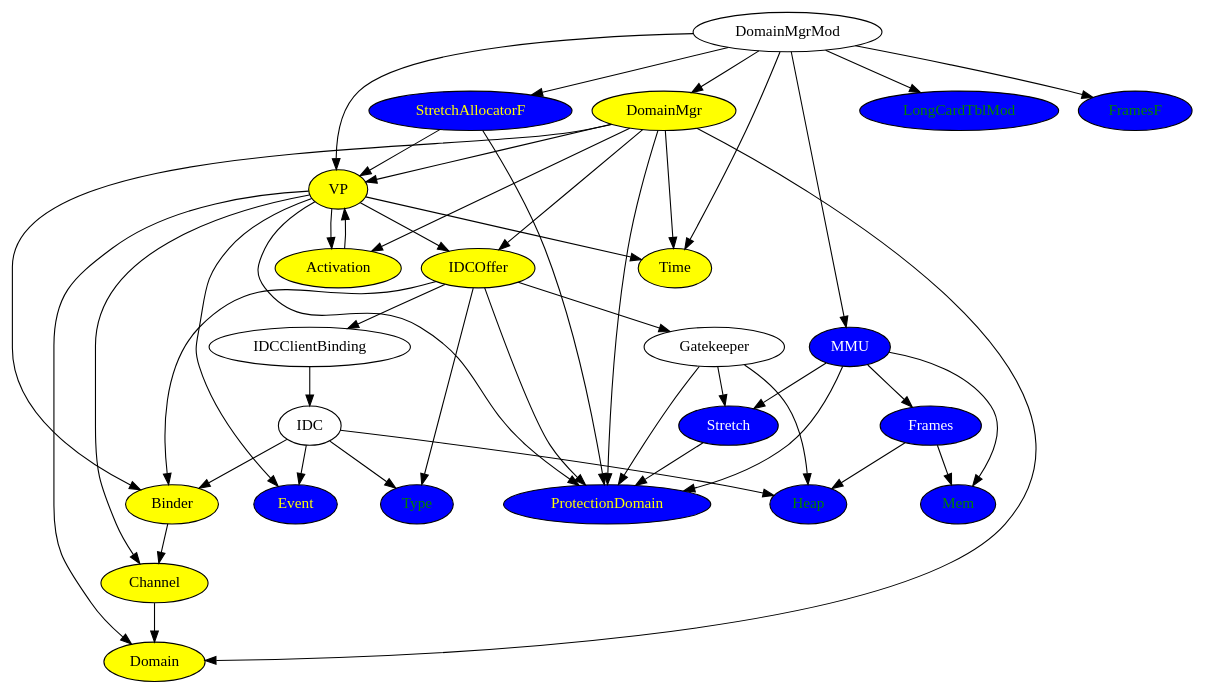
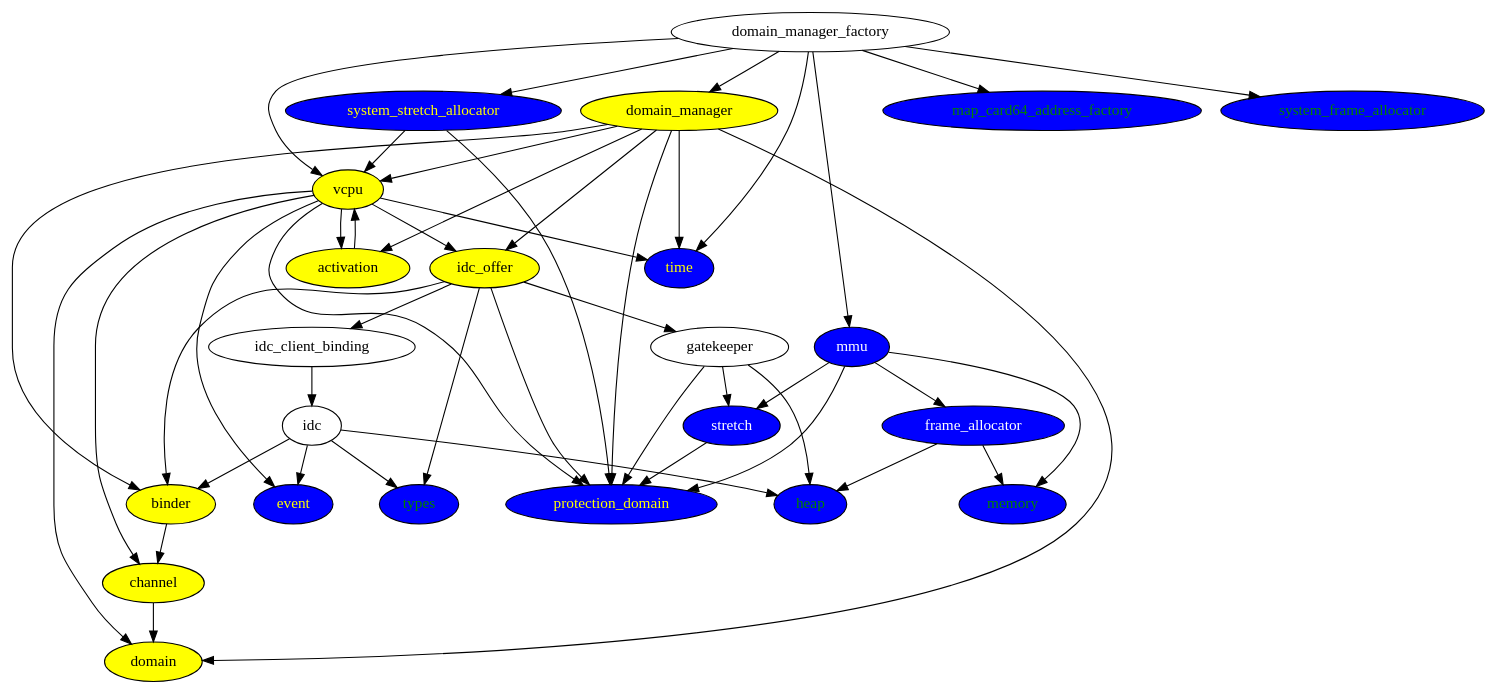
One commit to metta-systems/metta changed the diagram in docs/needs_boot.dot. Above: the diagram before and after it, drawn with Graphviz.

Commit message:
Rename interfaces.

```diff
--- a/docs/needs_boot.dot
+++ b/docs/needs_boot.dot
@@ -1,71 +1,71 @@
 digraph {
-# Stuff we're after (what DomainMgr and VP need)
-	VP [style=filled,fillcolor=yellow,color=black,fontcolor=black];
-	Domain [style=filled,fillcolor=yellow,color=black,fontcolor=black];
-	DomainMgr [style=filled,fillcolor=yellow,color=black,fontcolor=black];
-	Binder [style=filled,fillcolor=yellow,color=black,fontcolor=black];
-	IDCOffer [style=filled,fillcolor=yellow,color=black,fontcolor=black];
-	Activation [style=filled,fillcolor=yellow,color=black,fontcolor=black];
-	StretchAllocatorF [style=filled,fillcolor=blue,color=black,fontcolor=yellow];
-	Time [style=filled,fillcolor=yellow,color=black,fontcolor=black];
-	ProtectionDomain [style=filled,fillcolor=blue,color=black,fontcolor=yellow];
-	Channel [style=filled,fillcolor=yellow,color=black,fontcolor=black];
-	Event [style=filled,fillcolor=blue,color=black,fontcolor=yellow];
+# Stuff we're after (what domain_manager and vcpu need)
+	vcpu [style=filled,fillcolor=yellow,color=black,fontcolor=black];
+	domain [style=filled,fillcolor=yellow,color=black,fontcolor=black];
+	domain_manager [style=filled,fillcolor=yellow,color=black,fontcolor=black];
+	binder [style=filled,fillcolor=yellow,color=black,fontcolor=black];
+	idc_offer [style=filled,fillcolor=yellow,color=black,fontcolor=black];
+	activation [style=filled,fillcolor=yellow,color=black,fontcolor=black];
+	system_stretch_allocator [style=filled,fillcolor=blue,color=black,fontcolor=yellow];
+	time [style=filled,fillcolor=blue,color=black,fontcolor=yellow];
+	protection_domain [style=filled,fillcolor=blue,color=black,fontcolor=yellow];
+	channel [style=filled,fillcolor=yellow,color=black,fontcolor=black];
+	event [style=filled,fillcolor=blue,color=black,fontcolor=yellow];
 # Leaf Nodes
-	Heap [style=filled,fillcolor=blue,color=black,fontcolor=green];
-	LongCardTblMod [style=filled,fillcolor=blue,color=black,fontcolor=green];
-	Type [style=filled,fillcolor=blue,color=black,fontcolor=green];
-	Mem [style=filled,fillcolor=blue,color=black,fontcolor=green];
-	FramesF [style=filled,fillcolor=blue,color=black,fontcolor=green];
+	heap [style=filled,fillcolor=blue,color=black,fontcolor=green];
+	map_card64_address_factory [style=filled,fillcolor=blue,color=black,fontcolor=green];
+	types [style=filled,fillcolor=blue,color=black,fontcolor=green];
+	memory [style=filled,fillcolor=blue,color=black,fontcolor=green];
+	system_frame_allocator [style=filled,fillcolor=blue,color=black,fontcolor=green];
 # Non-leaf nodes
-    Frames [style=filled,fillcolor=blue,fontcolor=white];
-    Stretch [style=filled,fillcolor=blue,fontcolor=white];
-    MMU [style=filled,fillcolor=blue,fontcolor=white];
+    frame_allocator [style=filled,fillcolor=blue,fontcolor=white];
+    stretch [style=filled,fillcolor=blue,fontcolor=white];
+    mmu [style=filled,fillcolor=blue,fontcolor=white];
 
-	Activation -> VP;
-	Binder -> Channel;
-	Channel -> Domain;
-	DomainMgr -> Activation;
-	DomainMgr -> ProtectionDomain;
-	DomainMgr -> Time;
-	DomainMgr -> Domain;
-	DomainMgr -> VP;
-	DomainMgr -> IDCOffer;
-	DomainMgr -> Binder;
-	DomainMgrMod -> StretchAllocatorF;
-	DomainMgrMod -> Time;
-	DomainMgrMod -> DomainMgr;
-	DomainMgrMod -> FramesF;
-	DomainMgrMod -> LongCardTblMod;
-	DomainMgrMod -> MMU;
-	DomainMgrMod -> VP;
-	Frames -> Mem;
-	Frames -> Heap;
-	Gatekeeper -> Heap;
-	Gatekeeper -> Stretch;
-	Gatekeeper -> ProtectionDomain;
-	IDC -> Heap;
-	IDC -> Binder;
-	IDC -> Event;
-	IDC -> Type;
-	IDCClientBinding -> IDC;
-	IDCOffer -> Type;
-	IDCOffer -> Binder;
-	IDCOffer -> ProtectionDomain;
-	IDCOffer -> IDCClientBinding;
-	IDCOffer -> Gatekeeper;
-	MMU -> Frames;
-	MMU -> Mem; 
-	MMU -> ProtectionDomain;
-	MMU -> Stretch;
-	Stretch -> ProtectionDomain;
-	StretchAllocatorF -> ProtectionDomain;
-	StretchAllocatorF -> VP;
-	VP -> Activation;
-	VP -> Channel;
-	VP -> Event;
-	VP -> Time;
-	VP -> Domain;
-	VP -> ProtectionDomain;
-	VP -> IDCOffer;
+	activation -> vcpu;
+	binder -> channel;
+	channel -> domain;
+	domain_manager -> activation;
+	domain_manager -> protection_domain;
+	domain_manager -> time;
+	domain_manager -> domain;
+	domain_manager -> vcpu;
+	domain_manager -> idc_offer;
+	domain_manager -> binder;
+	domain_manager_factory -> system_stretch_allocator;
+	domain_manager_factory -> time;
+	domain_manager_factory -> domain_manager;
+	domain_manager_factory -> system_frame_allocator;
+	domain_manager_factory -> map_card64_address_factory;
+	domain_manager_factory -> mmu;
+	domain_manager_factory -> vcpu;
+	frame_allocator -> memory;
+	frame_allocator -> heap;
+	gatekeeper -> heap;
+	gatekeeper -> stretch;
+	gatekeeper -> protection_domain;
+	idc -> heap;
+	idc -> binder;
+	idc -> event;
+	idc -> types;
+	idc_client_binding -> idc;
+	idc_offer -> types;
+	idc_offer -> binder;
+	idc_offer -> protection_domain;
+	idc_offer -> idc_client_binding;
+	idc_offer -> gatekeeper;
+	mmu -> frame_allocator;
+	mmu -> memory; 
+	mmu -> protection_domain;
+	mmu -> stretch;
+	stretch -> protection_domain;
+	system_stretch_allocator -> protection_domain;
+	system_stretch_allocator -> vcpu;
+	vcpu -> activation;
+	vcpu -> channel;
+	vcpu -> event;
+	vcpu -> time;
+	vcpu -> domain;
+	vcpu -> protection_domain;
+	vcpu -> idc_offer;
 }
```
